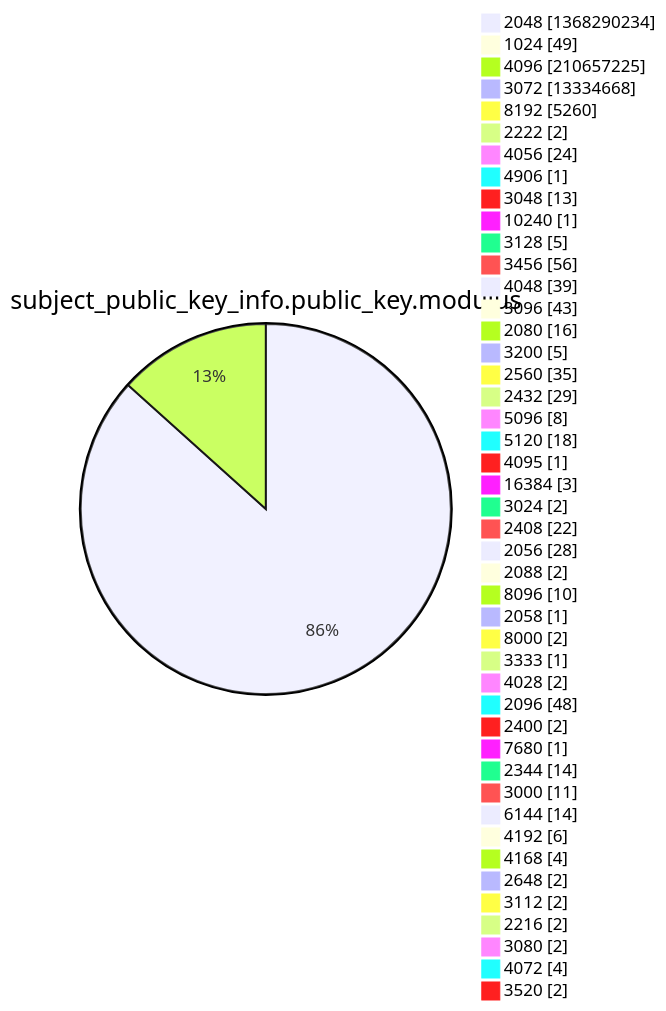
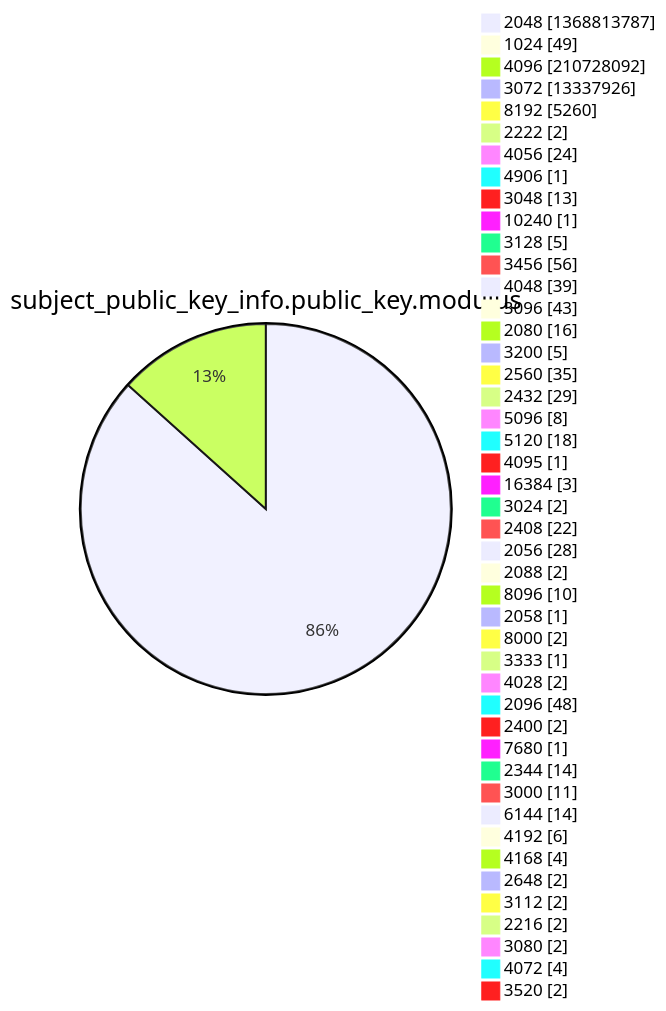
Diagram 13 of 15 in xenon2022/README.md (christiankrug/ctmonitor_visualization), drawn with Mermaid before and after one commit. The commit also changed other lines of this file, not shown here.

````diff
--- a/xenon2022/README.md
+++ b/xenon2022/README.md
@@ -3927,49 +3927,49 @@
 ```mermaid
 pie showData
 title subject_public_key_info.public_key.modulus
-"2048" :1368290234
+"2048" :1368813787
 "1024" :49
-"4096" :210657225
-"3072" :13334668
+"4096" :210728092
+"3072" :13337926
 "8192" :5260
 "2222" :2
 "4056" :24
 "4906" :1
 "3048" :13
 "10240" :1
 "3128" :5
 "3456" :56
 "4048" :39
 "3096" :43
 "2080" :16
 "3200" :5
 "2560" :35
 "2432" :29
 "5096" :8
 "5120" :18
 "4095" :1
 "16384" :3
 "3024" :2
 "2408" :22
 "2056" :28
 "2088" :2
 "8096" :10
 "2058" :1
 "8000" :2
 "3333" :1
 "4028" :2
 "2096" :48
 "2400" :2
 "7680" :1
 "2344" :14
 "3000" :11
 "6144" :14
 "4192" :6
 "4168" :4
 "2648" :2
 "3112" :2
 "2216" :2
 "3080" :2
 "4072" :4
 "3520" :2
 ```
````
